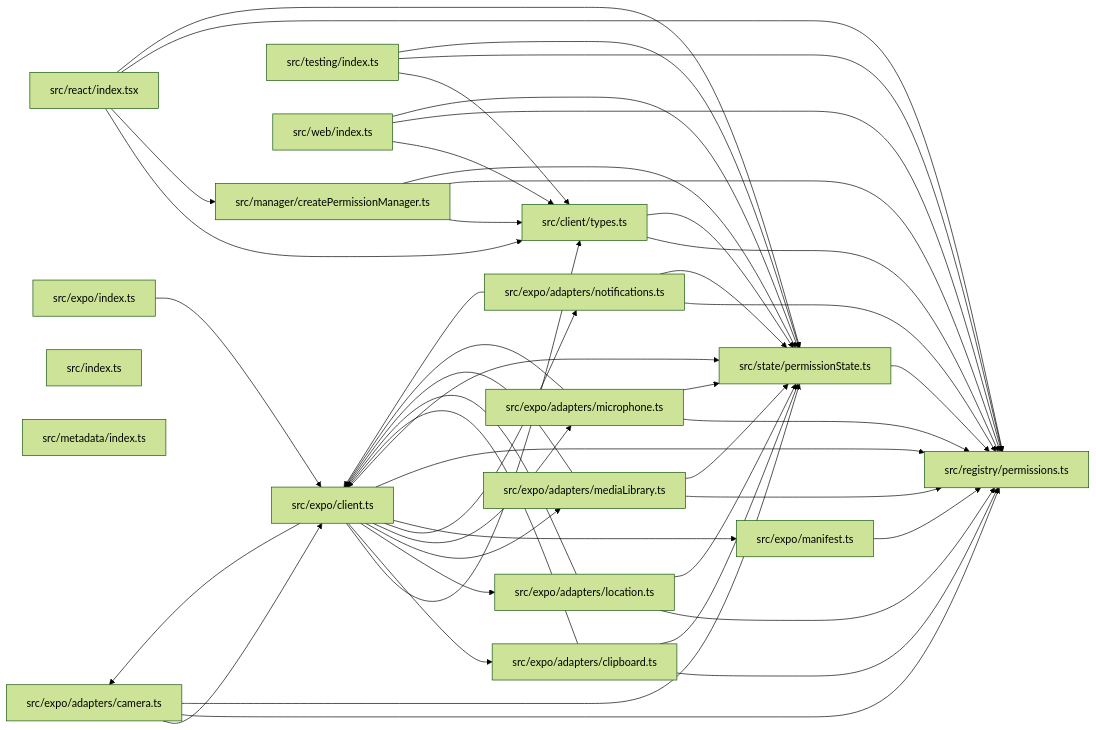
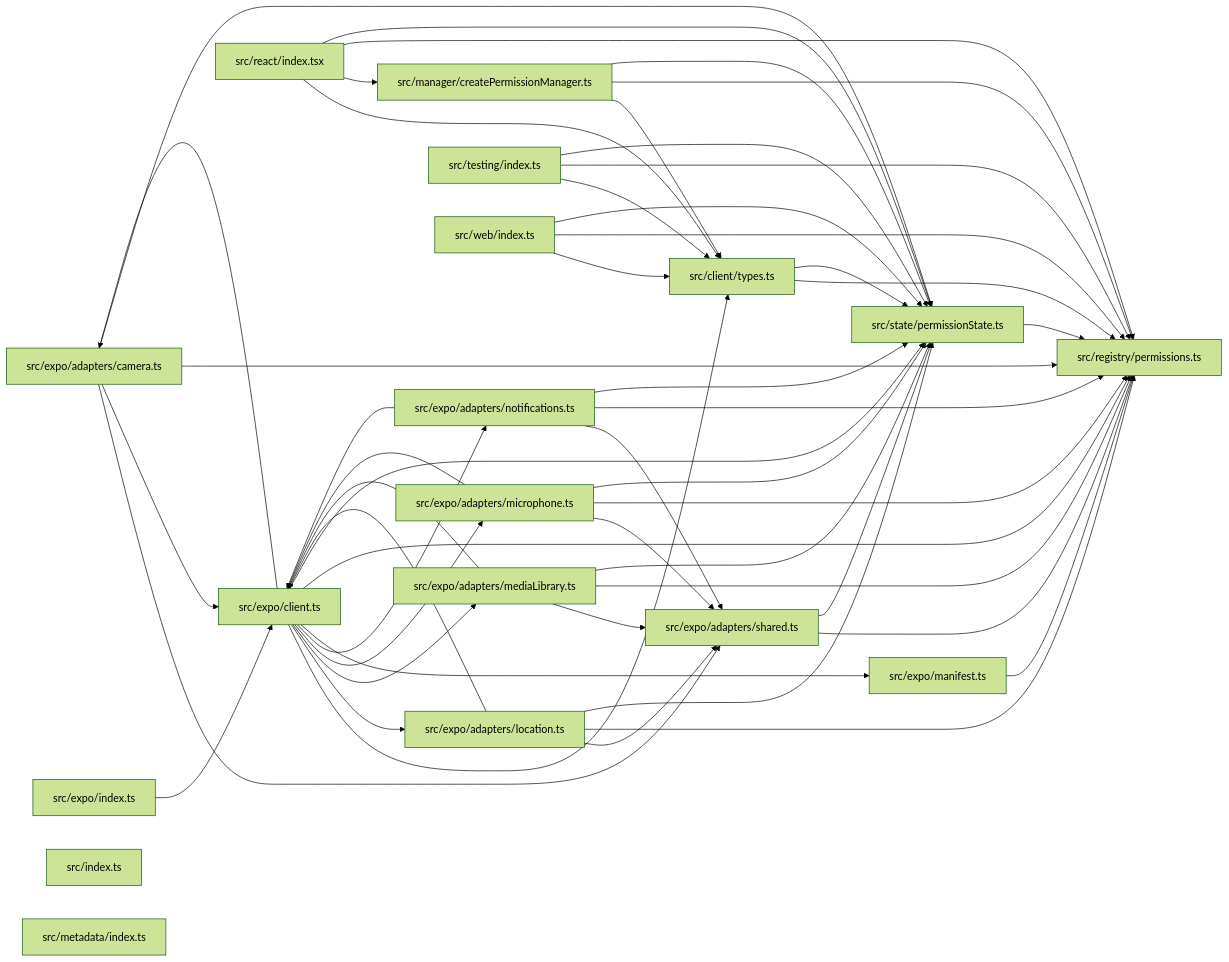
One commit to ankhorage/permissions changed the diagram in paradox/diagrams/module-relationships.mmd. Above: the diagram before and after it, drawn with Mermaid (forest theme). The commit also changed 7 other files, not shown here.

```diff
--- a/paradox/diagrams/module-relationships.mmd
+++ b/paradox/diagrams/module-relationships.mmd
@@ -1,65 +1,68 @@
 graph LR
   module_src_client_types_ts["src/client/types.ts"]
   module_src_expo_adapters_camera_ts["src/expo/adapters/camera.ts"]
-  module_src_expo_adapters_clipboard_ts["src/expo/adapters/clipboard.ts"]
   module_src_expo_adapters_location_ts["src/expo/adapters/location.ts"]
   module_src_expo_adapters_mediaLibrary_ts["src/expo/adapters/mediaLibrary.ts"]
   module_src_expo_adapters_microphone_ts["src/expo/adapters/microphone.ts"]
   module_src_expo_adapters_notifications_ts["src/expo/adapters/notifications.ts"]
+  module_src_expo_adapters_shared_ts["src/expo/adapters/shared.ts"]
   module_src_expo_client_ts["src/expo/client.ts"]
   module_src_expo_index_ts["src/expo/index.ts"]
   module_src_expo_manifest_ts["src/expo/manifest.ts"]
   module_src_index_ts["src/index.ts"]
   module_src_manager_createPermissionManager_ts["src/manager/createPermissionManager.ts"]
   module_src_metadata_index_ts["src/metadata/index.ts"]
   module_src_react_index_tsx["src/react/index.tsx"]
   module_src_registry_permissions_ts["src/registry/permissions.ts"]
   module_src_state_permissionState_ts["src/state/permissionState.ts"]
   module_src_testing_index_ts["src/testing/index.ts"]
   module_src_web_index_ts["src/web/index.ts"]
   module_src_client_types_ts --> module_src_registry_permissions_ts
   module_src_client_types_ts --> module_src_state_permissionState_ts
+  module_src_expo_adapters_camera_ts --> module_src_expo_adapters_shared_ts
   module_src_expo_adapters_camera_ts --> module_src_expo_client_ts
   module_src_expo_adapters_camera_ts --> module_src_registry_permissions_ts
   module_src_expo_adapters_camera_ts --> module_src_state_permissionState_ts
-  module_src_expo_adapters_clipboard_ts --> module_src_expo_client_ts
-  module_src_expo_adapters_clipboard_ts --> module_src_registry_permissions_ts
-  module_src_expo_adapters_clipboard_ts --> module_src_state_permissionState_ts
+  module_src_expo_adapters_location_ts --> module_src_expo_adapters_shared_ts
   module_src_expo_adapters_location_ts --> module_src_expo_client_ts
   module_src_expo_adapters_location_ts --> module_src_registry_permissions_ts
   module_src_expo_adapters_location_ts --> module_src_state_permissionState_ts
+  module_src_expo_adapters_mediaLibrary_ts --> module_src_expo_adapters_shared_ts
   module_src_expo_adapters_mediaLibrary_ts --> module_src_expo_client_ts
   module_src_expo_adapters_mediaLibrary_ts --> module_src_registry_permissions_ts
   module_src_expo_adapters_mediaLibrary_ts --> module_src_state_permissionState_ts
+  module_src_expo_adapters_microphone_ts --> module_src_expo_adapters_shared_ts
   module_src_expo_adapters_microphone_ts --> module_src_expo_client_ts
   module_src_expo_adapters_microphone_ts --> module_src_registry_permissions_ts
   module_src_expo_adapters_microphone_ts --> module_src_state_permissionState_ts
+  module_src_expo_adapters_notifications_ts --> module_src_expo_adapters_shared_ts
   module_src_expo_adapters_notifications_ts --> module_src_expo_client_ts
   module_src_expo_adapters_notifications_ts --> module_src_registry_permissions_ts
   module_src_expo_adapters_notifications_ts --> module_src_state_permissionState_ts
+  module_src_expo_adapters_shared_ts --> module_src_registry_permissions_ts
+  module_src_expo_adapters_shared_ts --> module_src_state_permissionState_ts
   module_src_expo_client_ts --> module_src_client_types_ts
   module_src_expo_client_ts --> module_src_expo_adapters_camera_ts
-  module_src_expo_client_ts --> module_src_expo_adapters_clipboard_ts
   module_src_expo_client_ts --> module_src_expo_adapters_location_ts
   module_src_expo_client_ts --> module_src_expo_adapters_mediaLibrary_ts
   module_src_expo_client_ts --> module_src_expo_adapters_microphone_ts
   module_src_expo_client_ts --> module_src_expo_adapters_notifications_ts
   module_src_expo_client_ts --> module_src_expo_manifest_ts
   module_src_expo_client_ts --> module_src_registry_permissions_ts
   module_src_expo_client_ts --> module_src_state_permissionState_ts
   module_src_expo_index_ts --> module_src_expo_client_ts
   module_src_expo_manifest_ts --> module_src_registry_permissions_ts
   module_src_manager_createPermissionManager_ts --> module_src_client_types_ts
   module_src_manager_createPermissionManager_ts --> module_src_registry_permissions_ts
   module_src_manager_createPermissionManager_ts --> module_src_state_permissionState_ts
   module_src_react_index_tsx --> module_src_client_types_ts
   module_src_react_index_tsx --> module_src_manager_createPermissionManager_ts
   module_src_react_index_tsx --> module_src_registry_permissions_ts
   module_src_react_index_tsx --> module_src_state_permissionState_ts
   module_src_state_permissionState_ts --> module_src_registry_permissions_ts
   module_src_testing_index_ts --> module_src_client_types_ts
   module_src_testing_index_ts --> module_src_registry_permissions_ts
   module_src_testing_index_ts --> module_src_state_permissionState_ts
   module_src_web_index_ts --> module_src_client_types_ts
   module_src_web_index_ts --> module_src_registry_permissions_ts
   module_src_web_index_ts --> module_src_state_permissionState_ts
```
